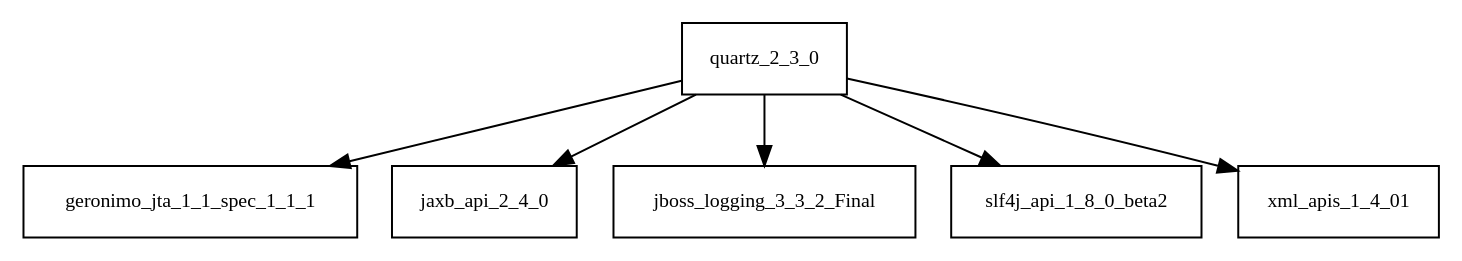
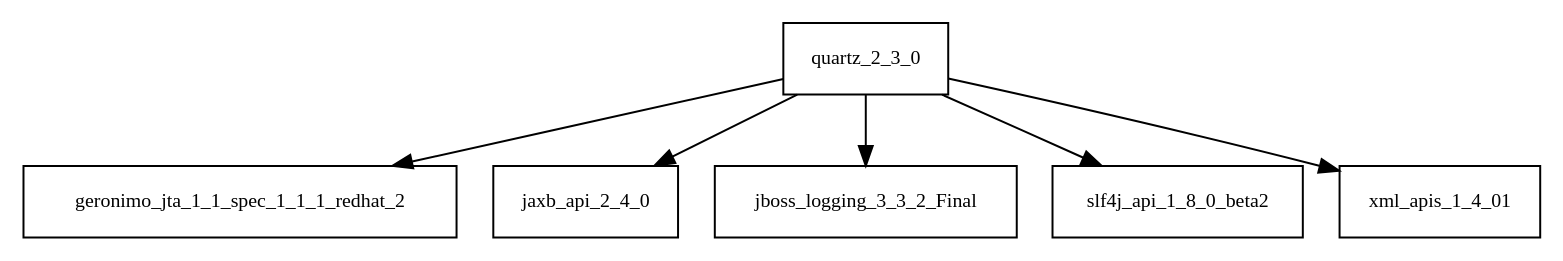
The diagram in tattleTaleReport/graphviz/quartz-2.3.0.jar/quartz-2.3.0.jar.dot (Hack23/cia), drawn with Graphviz before and after one commit. The commit also changed 2494 other files, not shown here.

```diff
--- a/tattleTaleReport/graphviz/quartz-2.3.0.jar/quartz-2.3.0.jar.dot
+++ b/tattleTaleReport/graphviz/quartz-2.3.0.jar/quartz-2.3.0.jar.dot
@@ -1,8 +1,8 @@
 digraph quartz_2_3_0_dependencies {
   node [shape = box, fontsize=10.0];
-  quartz_2_3_0 -> geronimo_jta_1_1_spec_1_1_1;
+  quartz_2_3_0 -> geronimo_jta_1_1_spec_1_1_1_redhat_2;
   quartz_2_3_0 -> jaxb_api_2_4_0;
   quartz_2_3_0 -> jboss_logging_3_3_2_Final;
   quartz_2_3_0 -> slf4j_api_1_8_0_beta2;
   quartz_2_3_0 -> xml_apis_1_4_01;
 }
```
